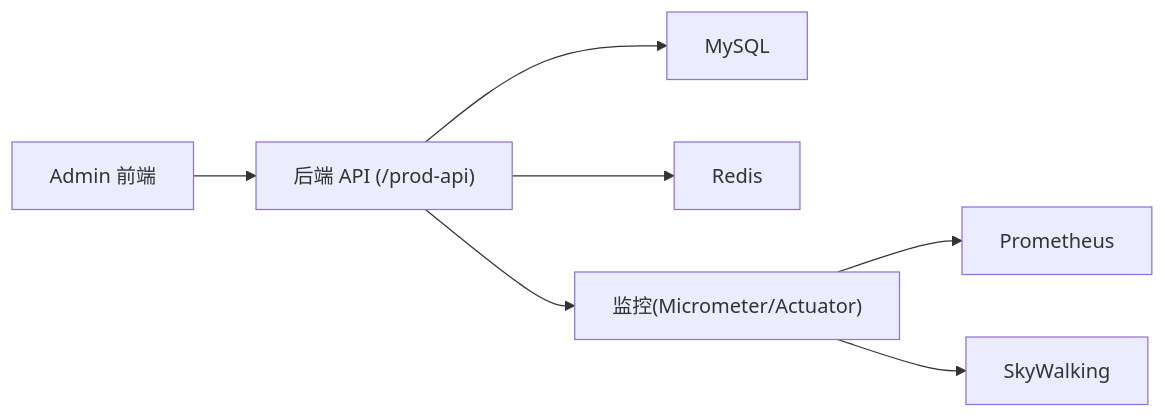
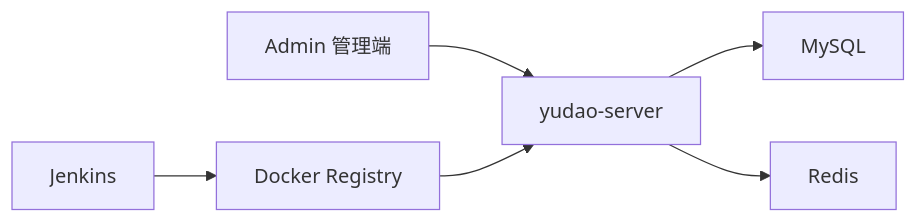
The sixth of 6 diagrams in .qoder/repowiki/zh/content/部署与运维/部署与运维.md (zhuangpengLI/AgenticCPS), drawn with Mermaid before and after one commit. The commit also changed other lines of this file and 293 other files, not shown here.

````diff
--- a/.qoder/repowiki/zh/content/部署与运维/部署与运维.md
+++ b/.qoder/repowiki/zh/content/部署与运维/部署与运维.md
@@ -333,9 +234,8 @@
 ```mermaid
 graph LR
-Admin["Admin 前端"] --> API["后端 API (/prod-api)"]
-API --> DB["MySQL"]
-API --> Cache["Redis"]
-API --> Mon["监控(Micrometer/Actuator)"]
-Mon --> Prom["Prometheus"]
-Mon --> SW["SkyWalking"]
+Admin["Admin 管理端"] --> S["yudao-server"]
+S --> DB["MySQL"]
+S --> RC["Redis"]
+Jenkins["Jenkins"] --> DockerReg["Docker Registry"]
+DockerReg --> S
 ```
````
